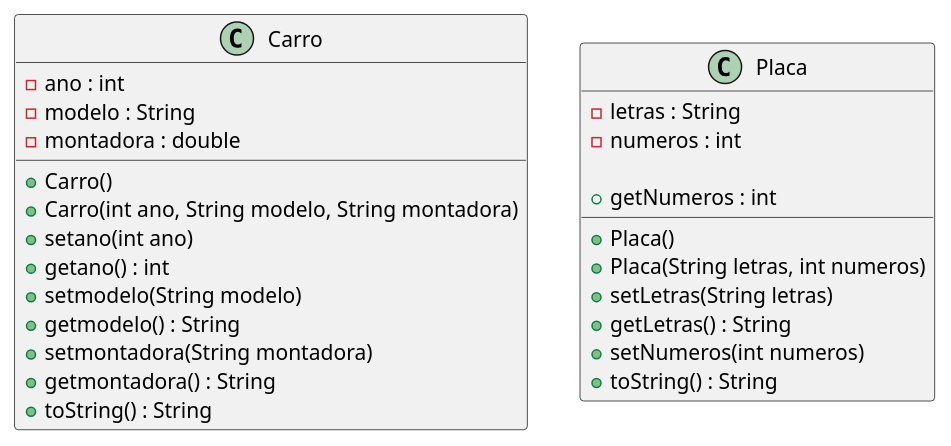
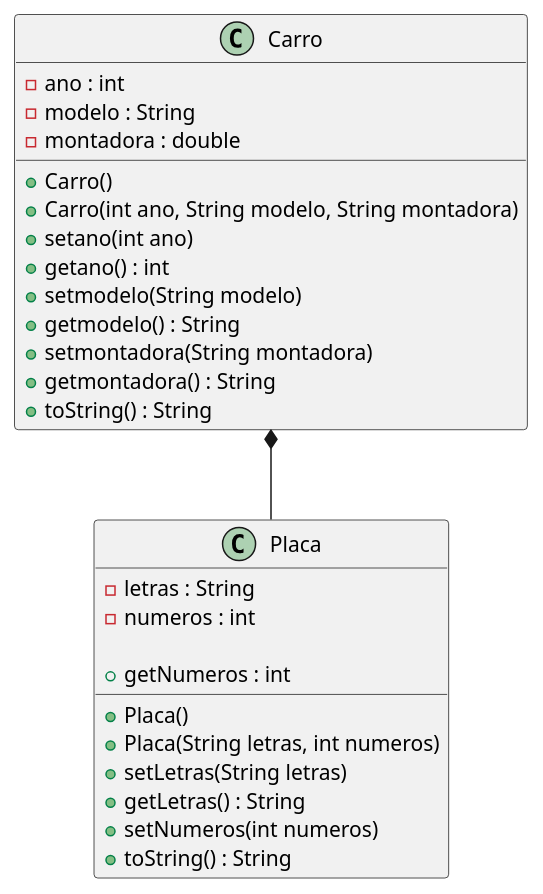
One commit to leonardogoandete/PW- changed the diagram in src/aula9/uml/carro_placa.puml. Above: the diagram before and after it, drawn with PlantUML.

Commit message:
Criado diagramas do enunciado

```diff
--- a/src/aula9/uml/carro_placa.puml
+++ b/src/aula9/uml/carro_placa.puml
@@ -1,31 +1,31 @@
 @startuml
-
+Carro *-- Placa
 class Carro {
     - ano : int
     - modelo : String
     - montadora : double
 
     + Carro()
     + Carro(int ano, String modelo, String montadora)
     + setano(int ano)
     + getano() : int
     + setmodelo(String modelo)
     + getmodelo() : String
     + setmontadora(String montadora)
     + getmontadora() : String
     + toString() : String
 }
 
 class Placa{
     - letras : String
     - numeros : int
 
     + Placa()
     + Placa(String letras, int numeros)
     + setLetras(String letras)
     + getLetras() : String
     + setNumeros(int numeros)
     + getNumeros : int
     + toString() : String
 }
 @enduml
```
